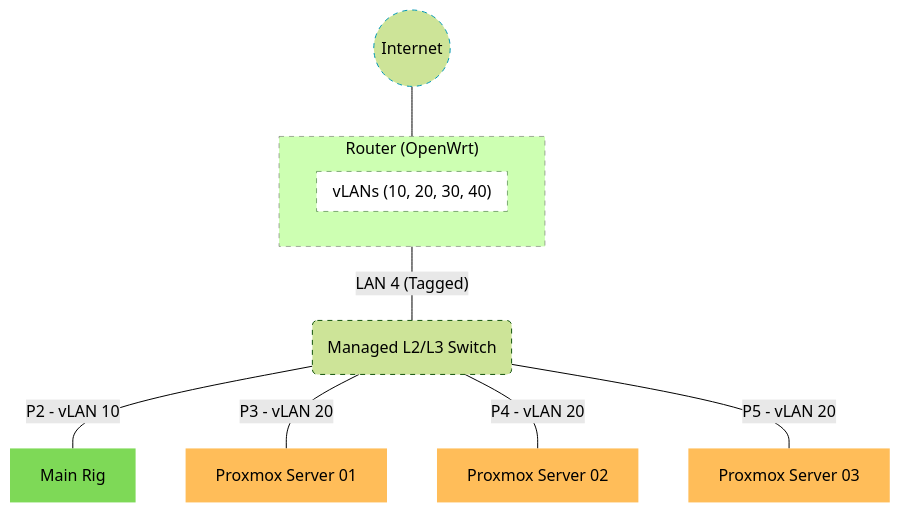
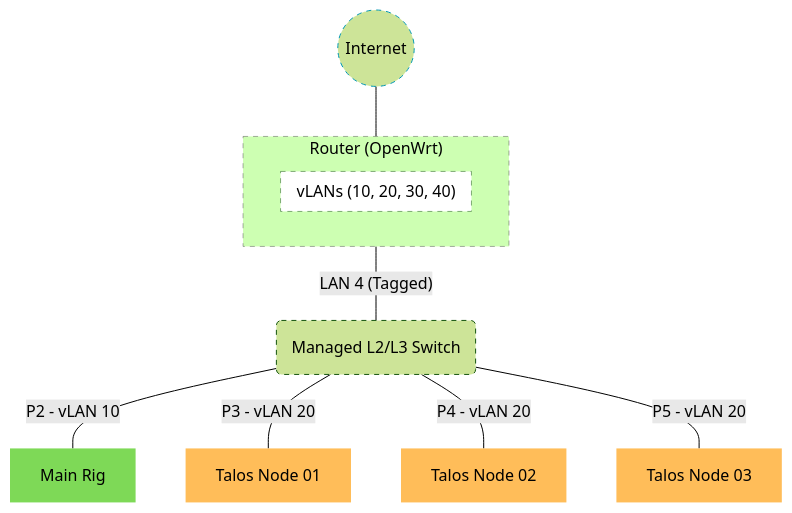
One commit to Kavinraja-G/homelab changed the second of 2 diagrams in README.md. Above: the diagram before and after it, drawn with Mermaid (forest theme). The commit also changed other lines of this file, not shown here.

````diff
--- a/README.md
+++ b/README.md
@@ -69,28 +55,28 @@
 ```mermaid
 flowchart
 	n1["Router"]
 	n1["Router (OpenWrt)"] ---|"LAN 4 (Tagged)"| n2@{ shape: "rounded", label: "Managed L2/L3 Switch" }
 	n2 ---|"P2 - vLAN 10"| n4["Main Rig"]
-	n2 ---|"P3 - vLAN 20"| n5["Proxmox Server 01"]
-	n2 ---|"P4 - vLAN 20"| n6["Proxmox Server 02"]
-	n2 ---|"P5 - vLAN 20"| n7["Proxmox Server 03"]
+	n2 ---|"P3 - vLAN 20"| n5["Talos Node 01"]
+	n2 ---|"P4 - vLAN 20"| n6["Talos Node 02"]
+	n2 ---|"P5 - vLAN 20"| n7["Talos Node 03"]
 	subgraph n1["Router (OpenWrt)"]
 		n8["vLANs (10, 20, 30, 40)"]
 	end
 	subgraph n8["vLANs (10, 20, 30, 40)"]
 	end
 	linkStyle 1 stroke:#000000
 	style n4 fill:#7ED957,stroke-width:0px,stroke:#000000
 	style n5 color:#000000,fill:#FFBD59,stroke-width:0px
 	style n6 color:#000000,fill:#FFBD59,stroke-width:0px
 	style n7 color:#000000,fill:#FFBD59,stroke-width:0px
 	n3@{ shape: "circle", label: "Circle" }
 	n3
 	n3
 	n3
 	n3@{ shape: "circle", label: "Internet" } --- n1
 	style n8 fill:#FFFFFF,stroke-width:0.5px,stroke-dasharray:5 5
 	style n1 color:#000000,stroke:#545454,stroke-width:0.5px,stroke-dasharray:5 5
 	style n2 stroke-width:1px,stroke-dasharray:5 5
 	style n3 color:#000000,stroke-width:1px,stroke:#0097B2,stroke-dasharray:5 5
 ```
````
